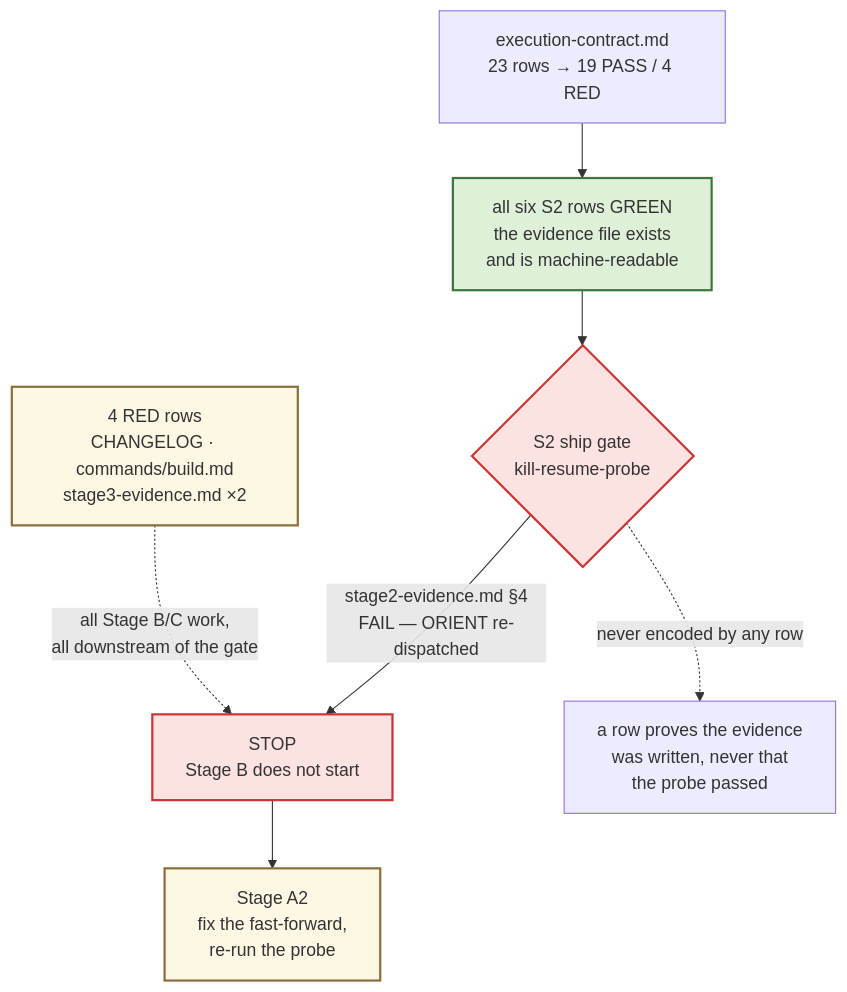
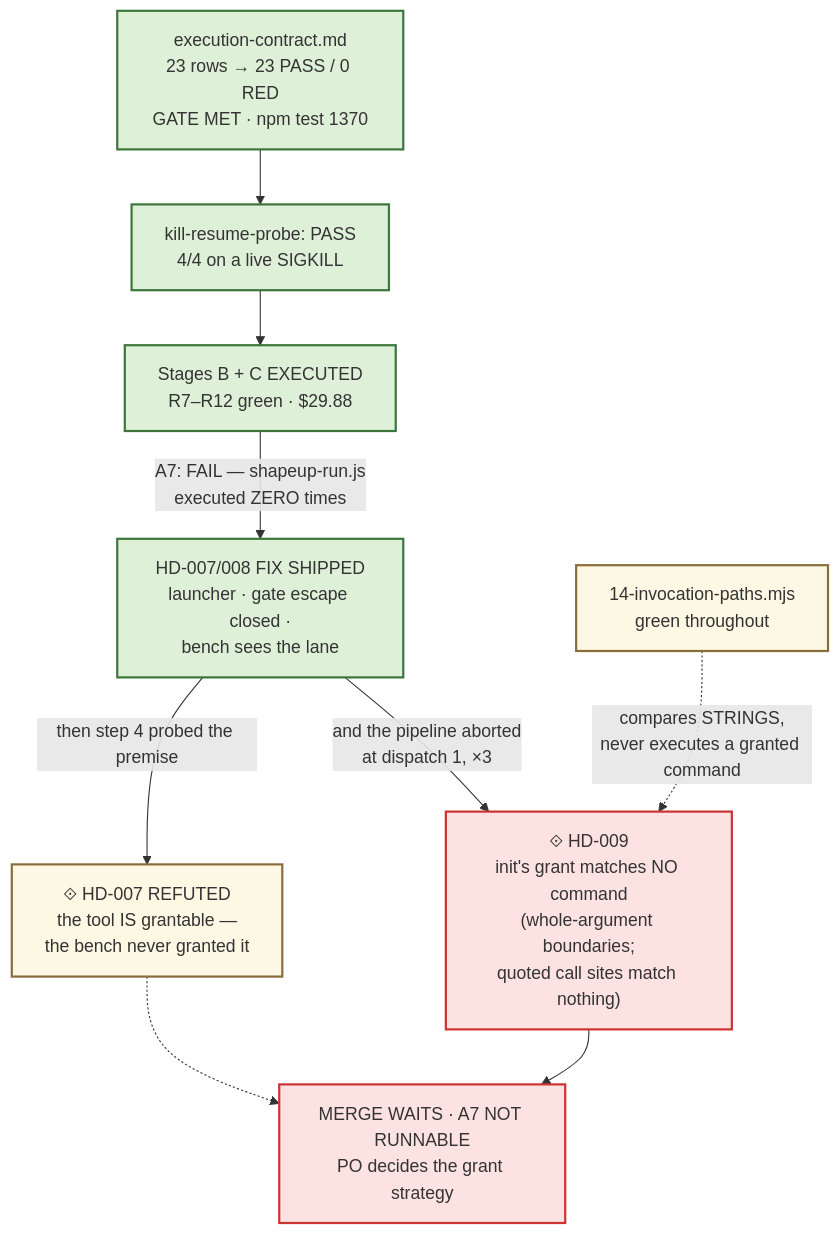
Before and after one commit to nguyenvanphituoc/shapeup-sdlc-plugin: the first of 12 diagrams in docs/migration/stages-visual.md, drawn with Mermaid. The commit also changed other lines of this file and 9 other files, not shown here.

First line of the commit message:
wf-migration(hd-009): the grant that matches nothing, and the premise that did not survive probing

````diff
--- a/docs/migration/stages-visual.md
+++ b/docs/migration/stages-visual.md
@@ -40,16 +53,18 @@
 ```mermaid
 flowchart TB
-  ROWS["execution-contract.md<br/>23 rows → 19 PASS / 4 RED"] --> S2ROWS["all six S2 rows GREEN<br/>the evidence file exists<br/>and is machine-readable"]
-  S2ROWS --> GATE{"S2 ship gate<br/>kill-resume-probe"}
-  GATE -->|"stage2-evidence.md §4<br/>FAIL — ORIENT re-dispatched"| STOP["STOP<br/>Stage B does not start"]
-  GATE -.->|"never encoded by any row"| NOTE["a row proves the evidence<br/>was written, never that<br/>the probe passed"]
-  STOP --> A2["Stage A2<br/>fix the fast-forward,<br/>re-run the probe"]
-  RED4["4 RED rows<br/>CHANGELOG · commands/build.md<br/>stage3-evidence.md ×2"] -.->|"all Stage B/C work,<br/>all downstream of the gate"| STOP
+  ROWS["execution-contract.md<br/>23 rows → 23 PASS / 0 RED<br/>GATE MET · npm test 1370"] --> PROBE["kill-resume-probe: PASS<br/>4/4 on a live SIGKILL"]
+  PROBE --> B["Stages B + C EXECUTED<br/>R7–R12 green · $29.88"]
+  B -->|"A7: FAIL — shapeup-run.js<br/>executed ZERO times"| FIX["HD-007/008 FIX SHIPPED<br/>launcher · gate escape closed ·<br/>bench sees the lane"]
+  FIX -->|"then step 4 probed the premise"| REF["⟐ HD-007 REFUTED<br/>the tool IS grantable —<br/>the bench never granted it"]
+  FIX -->|"and the pipeline aborted<br/>at dispatch 1, ×3"| HD9["⟐ HD-009<br/>init's grant matches NO command<br/>(whole-argument boundaries;<br/>quoted call sites match nothing)"]
+  HD9 --> HOLD["MERGE WAITS · A7 NOT RUNNABLE<br/>PO decides the grant strategy"]
+  REF -.-> HOLD
+  T14["14-invocation-paths.mjs<br/>green throughout"] -.->|"compares STRINGS,<br/>never executes a granted command"| HD9
 
   classDef good fill:#dff0d8,stroke:#3c763d,stroke-width:2px
   classDef bad fill:#fde2e2,stroke:#c33,stroke-width:2px
   classDef todo fill:#fcf8e3,stroke:#8a6d3b,stroke-width:2px
-  class S2ROWS good
-  class GATE,STOP bad
-  class A2,RED4 todo
+  class ROWS,PROBE,B,FIX good
+  class HD9,HOLD bad
+  class REF,T14 todo
 ```
````
